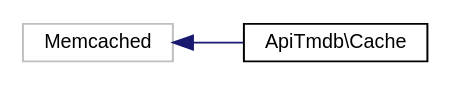
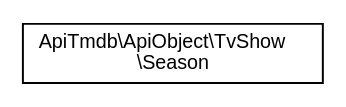
Before and after one commit to sauvank/packagist-tool-api-tmdb: the diagram in doc/inherit_graph_10.dot, drawn with Graphviz. The commit also changed 73 other files, not shown here.

```diff
--- a/doc/inherit_graph_10.dot
+++ b/doc/inherit_graph_10.dot
@@ -1,9 +1,7 @@
 digraph "Graphical Class Hierarchy"
 {
   edge [fontname="Helvetica",fontsize="10",labelfontname="Helvetica",labelfontsize="10"];
   node [fontname="Helvetica",fontsize="10",shape=record];
   rankdir="LR";
-  Node5 [label="Memcached",height=0.2,width=0.4,color="grey75", fillcolor="white", style="filled"];
-  Node5 -> Node0 [dir="back",color="midnightblue",fontsize="10",style="solid",fontname="Helvetica"];
-  Node0 [label="ApiTmdb\\Cache",height=0.2,width=0.4,color="black", fillcolor="white", style="filled",URL="$classApiTmdb_1_1Cache.html"];
+  Node0 [label="ApiTmdb\\ApiObject\\TvShow\l\\Season",height=0.2,width=0.4,color="black", fillcolor="white", style="filled",URL="$classApiTmdb_1_1ApiObject_1_1TvShow_1_1Season.html"];
 }
```
